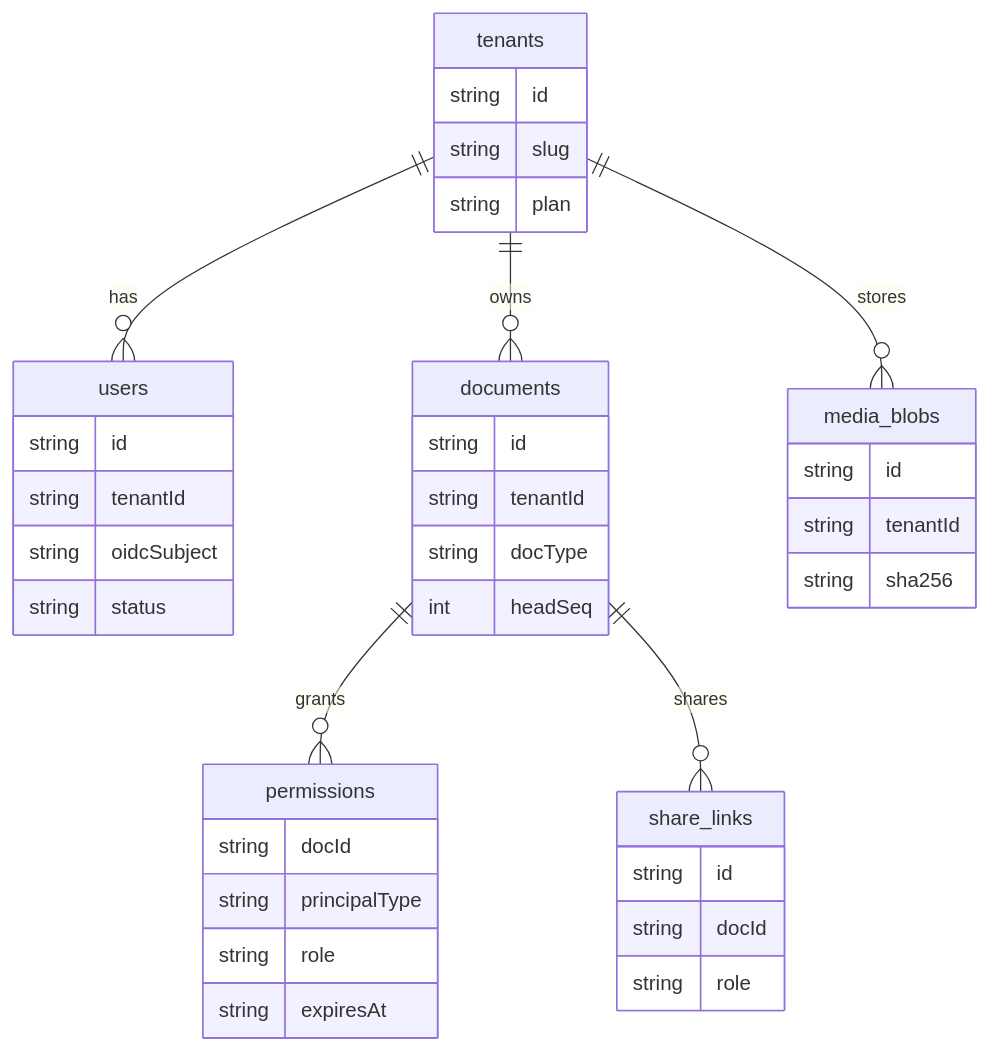
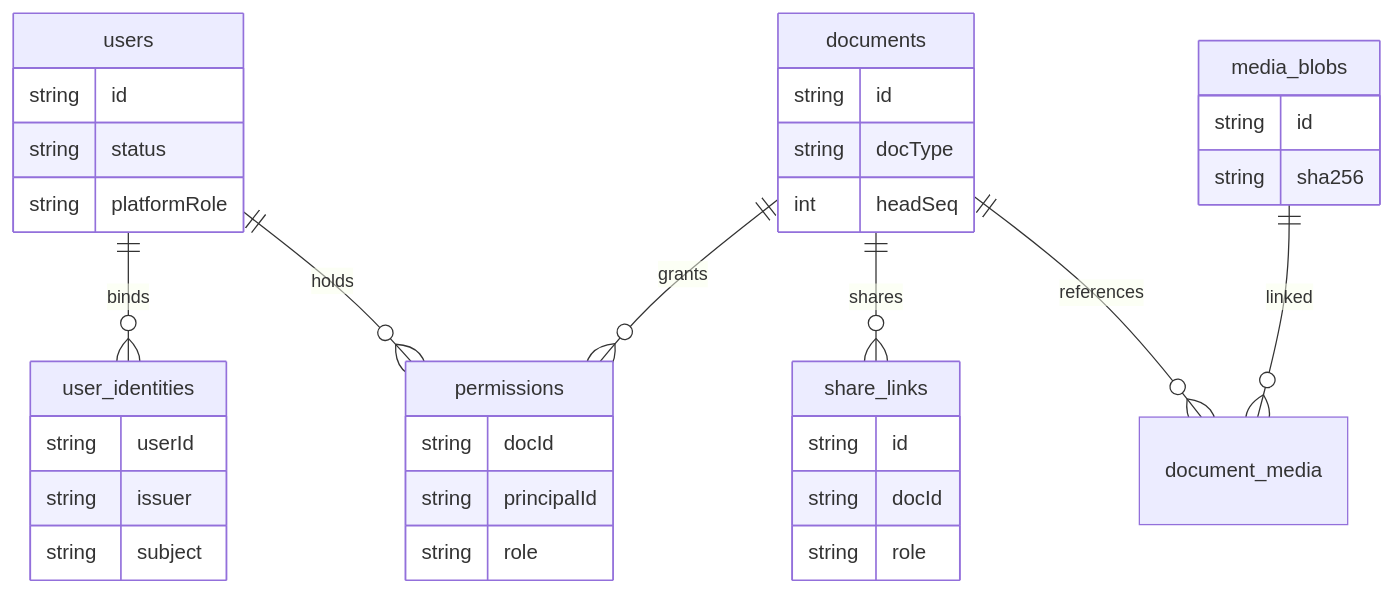
The second of 4 diagrams in docs/40-modules/08-server-identity-documents-and-storage.md (Xeonice/cordis-ppt-editor), drawn with Mermaid before and after one commit. The commit also changed other lines of this file and 23 other files, not shown here.

````diff
--- a/docs/40-modules/08-server-identity-documents-and-storage.md
+++ b/docs/40-modules/08-server-identity-documents-and-storage.md
@@ -123,41 +125,38 @@
 ```mermaid
 erDiagram
-tenants ||--o{ users : has
-tenants ||--o{ documents : owns
+users ||--o{ user_identities : binds
+users ||--o{ permissions : holds
 documents ||--o{ permissions : grants
 documents ||--o{ share_links : shares
-tenants ||--o{ media_blobs : stores
-tenants {
-  string id
-  string slug
-  string plan
-}
+documents ||--o{ document_media : references
+media_blobs ||--o{ document_media : linked
 users {
   string id
-  string tenantId
-  string oidcSubject
   string status
+  string platformRole
+}
+user_identities {
+  string userId
+  string issuer
+  string subject
 }
 documents {
   string id
-  string tenantId
   string docType
   int headSeq
 }
 permissions {
   string docId
-  string principalType
+  string principalId
   string role
-  string expiresAt
 }
 share_links {
   string id
   string docId
   string role
 }
 media_blobs {
   string id
-  string tenantId
   string sha256
 }
 ```
````
